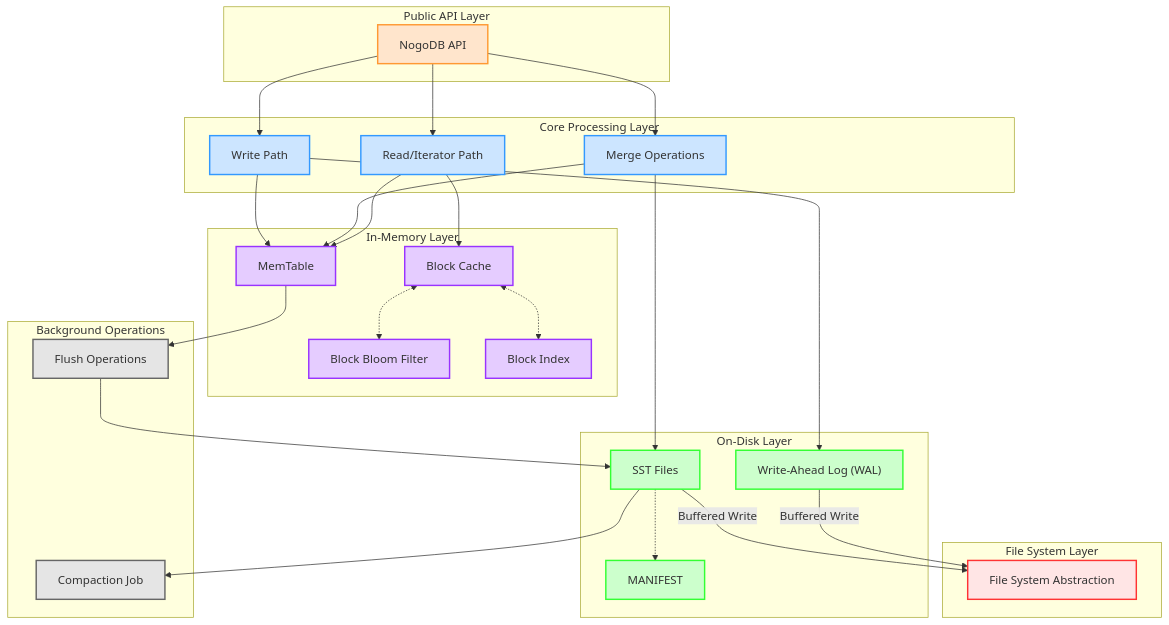
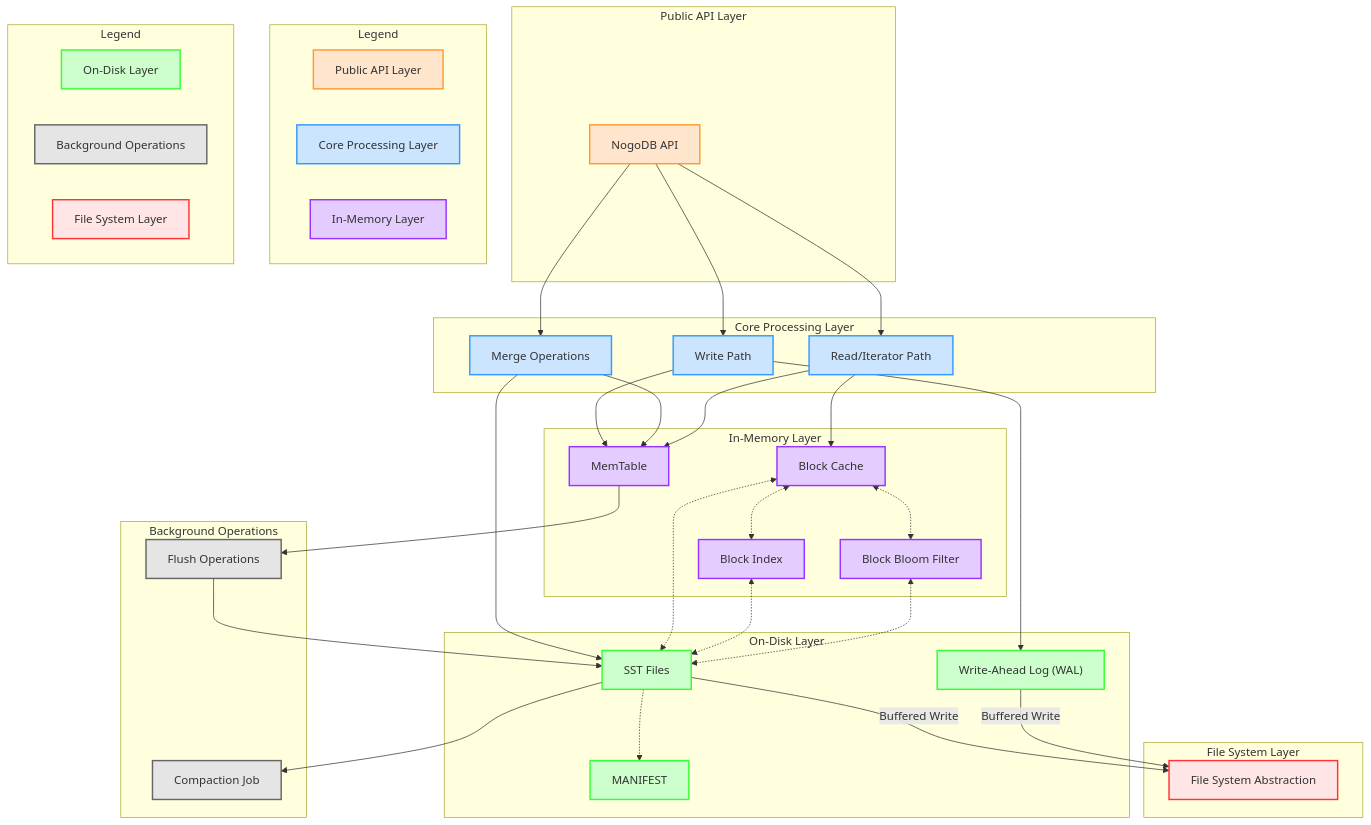
The diagram in README.md (datnguyenzzz/nogodb), drawn with Mermaid before and after one commit.

````diff
--- a/README.md
+++ b/README.md
@@ -17,13 +17,5 @@
 ```mermaid
 graph TB
-%% Legend
-%% api: Public API Layer
-%% core: Core Processing Layer
-%% memory: In-Memory Layer
-%% storage: On-Disk Layer
-%% bg: Background Operations
-%% fs: File System Layer
-
 %% Subgraphs with padding for spacing
     subgraph PublicAPI["Public API Layer"]
         style PublicAPI padding:15px
@@ -79,6 +71,9 @@
 
     BlockCache <-.-> BloomFilter
     BlockCache <-.-> BlockIndex
+    BlockCache <-.-> SSTFiles
+    BlockIndex <-.-> SSTFiles
+    BloomFilter <-.-> SSTFiles
 
     SSTFiles --> Compaction
     MemTable --> FlushOps
@@ -92,7 +87,6 @@
     click NogoDB_API "xyz"
     click WritePath "xyz"
     click ReadPath "xyz"
-    click MergeOps "xyz"
     click MemTable "xyz"
     click BlockCache "xyz"
     click BloomFilter "xyz"
@@ -110,4 +104,15 @@
     classDef storage fill:#CCFFCC,stroke:#33FF33,stroke-width:2px;
     classDef bg fill:#E5E5E5,stroke:#666666,stroke-width:2px;
     classDef fs fill:#FFE5E5,stroke:#FF3333,stroke-width:2px;
+    
+    subgraph legend1 [Legend]
+        L1["Public API Layer"]:::api
+        L2["Core Processing Layer"]:::core
+        L3["In-Memory Layer"]:::memory
+    end
+    subgraph legend2 [Legend]
+        L4["On-Disk Layer"]:::storage
+        L5["Background Operations"]:::bg
+        L6["File System Layer"]:::fs
+    end
 ```
````
